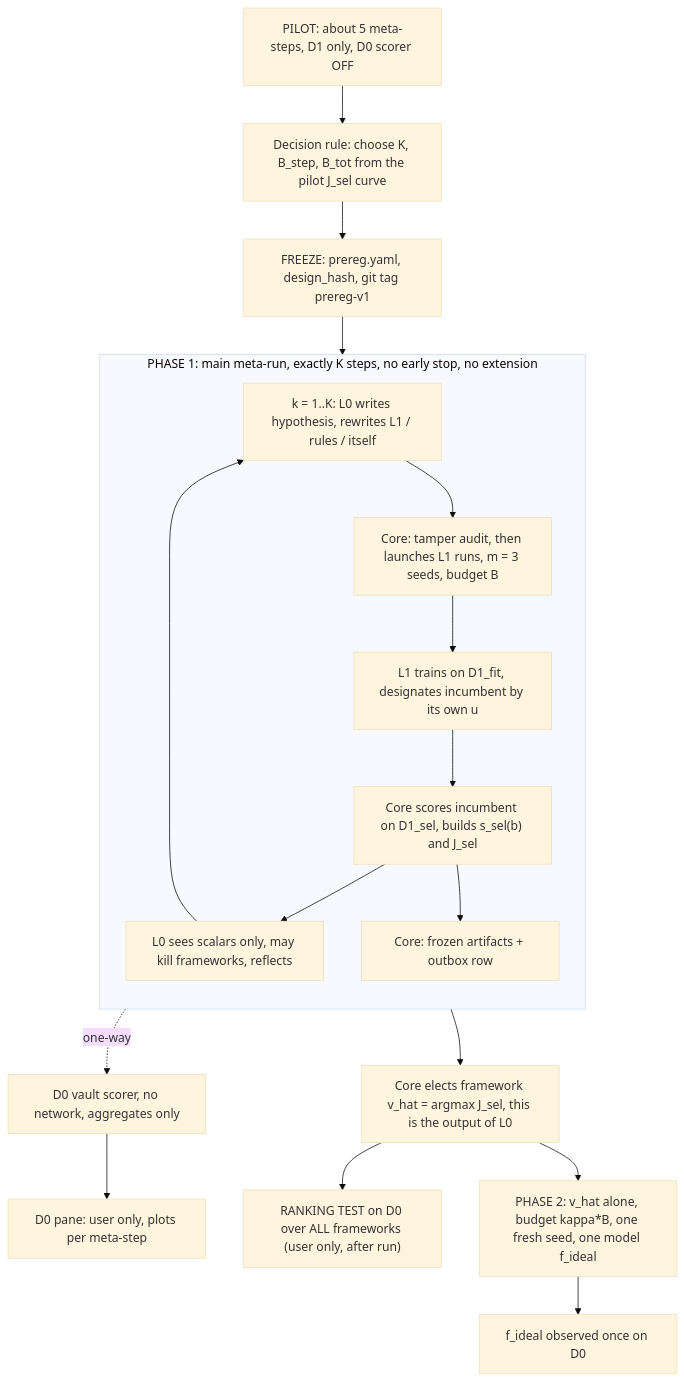
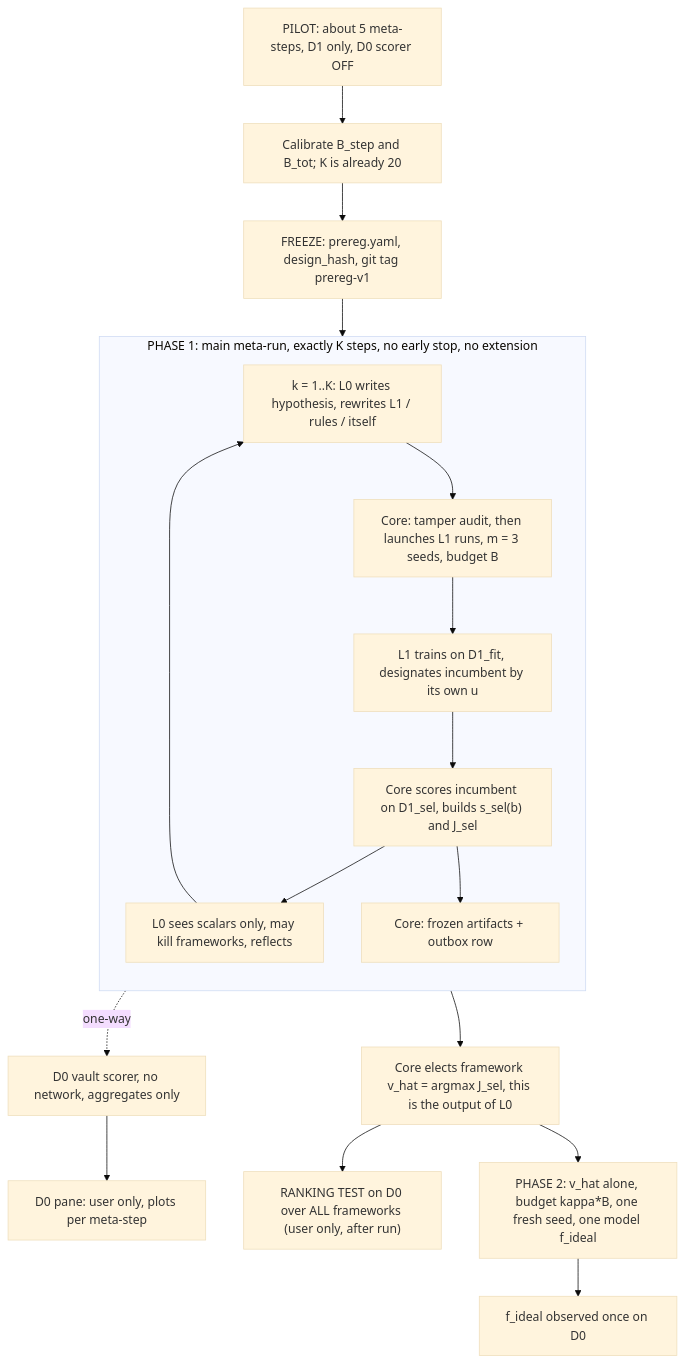
Before and after one commit to timthib/ARF_prime: the diagram in methodology.md, drawn with Mermaid (base theme). The commit also changed other lines of this file and 23 other files, not shown here.

````diff
--- a/methodology.md
+++ b/methodology.md
@@ -24,21 +24,21 @@
 ```mermaid
 flowchart TD
-  PILOT["PILOT: about 5 meta-steps, D1 only, D0 scorer OFF"] --> RULE["Decision rule: choose K, B_step, B_tot from the pilot J_sel curve"]
+  PILOT["PILOT: about 5 meta-steps, D1 only, D0 scorer OFF"] --> RULE["Calibrate B_step and B_tot; K is already 20"]
   RULE --> FREEZE["FREEZE: prereg.yaml, design_hash, git tag prereg-v1"]
   FREEZE --> LOOP
   subgraph LOOP["PHASE 1: main meta-run, exactly K steps, no early stop, no extension"]
     direction TB
     A["k = 1..K: L0 writes hypothesis, rewrites L1 / rules / itself"] --> B["Core: tamper audit, then launches L1 runs, m = 3 seeds, budget B"]
     B --> C["L1 trains on D1_fit, designates incumbent by its own u"]
     C --> D["Core scores incumbent on D1_sel, builds s_sel(b) and J_sel"]
     D --> E["L0 sees scalars only, may kill frameworks, reflects"]
     D --> OUT["Core: frozen artifacts + outbox row"]
     E --> A
   end
   OUT -. "one-way" .-> VAULT["D0 vault scorer, no network, aggregates only"]
   VAULT --> PANE["D0 pane: user only, plots per meta-step"]
   LOOP --> ELECT["Core elects framework v_hat = argmax J_sel, this is the output of L0"]
   ELECT --> RANK["RANKING TEST on D0 over ALL frameworks (user only, after run)"]
   ELECT --> P2["PHASE 2: v_hat alone, budget kappa*B, one fresh seed, one model f_ideal"]
   P2 --> OBS["f_ideal observed once on D0"]
 ```
````
